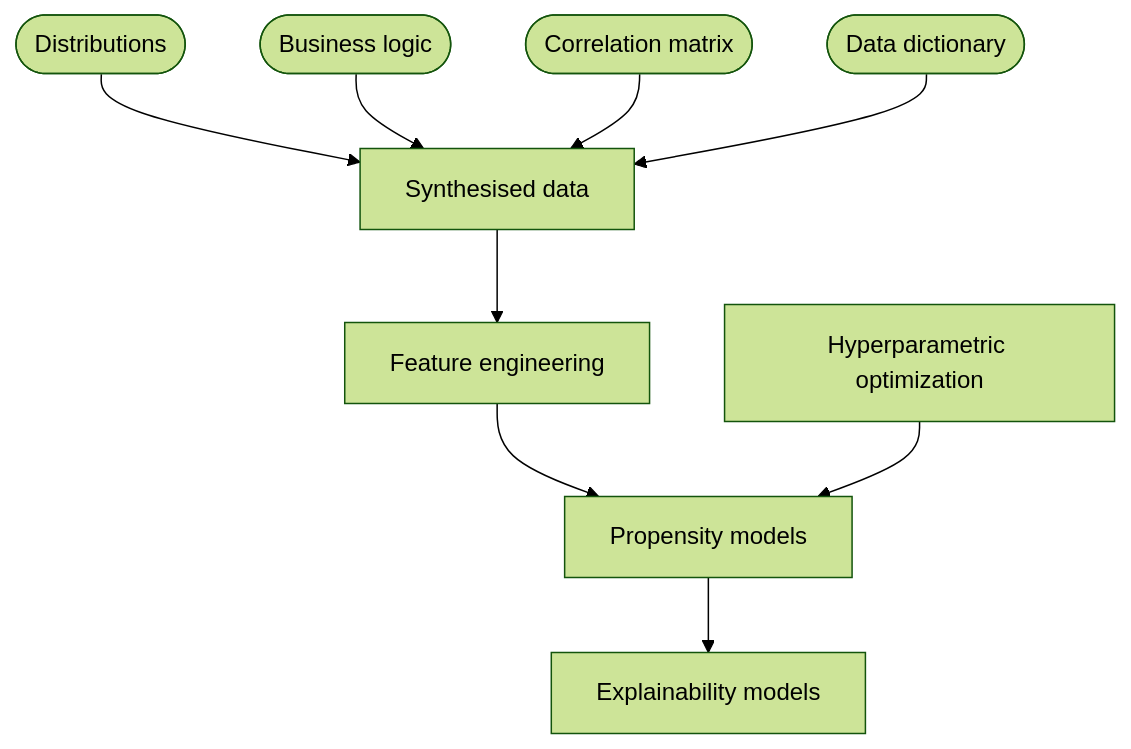
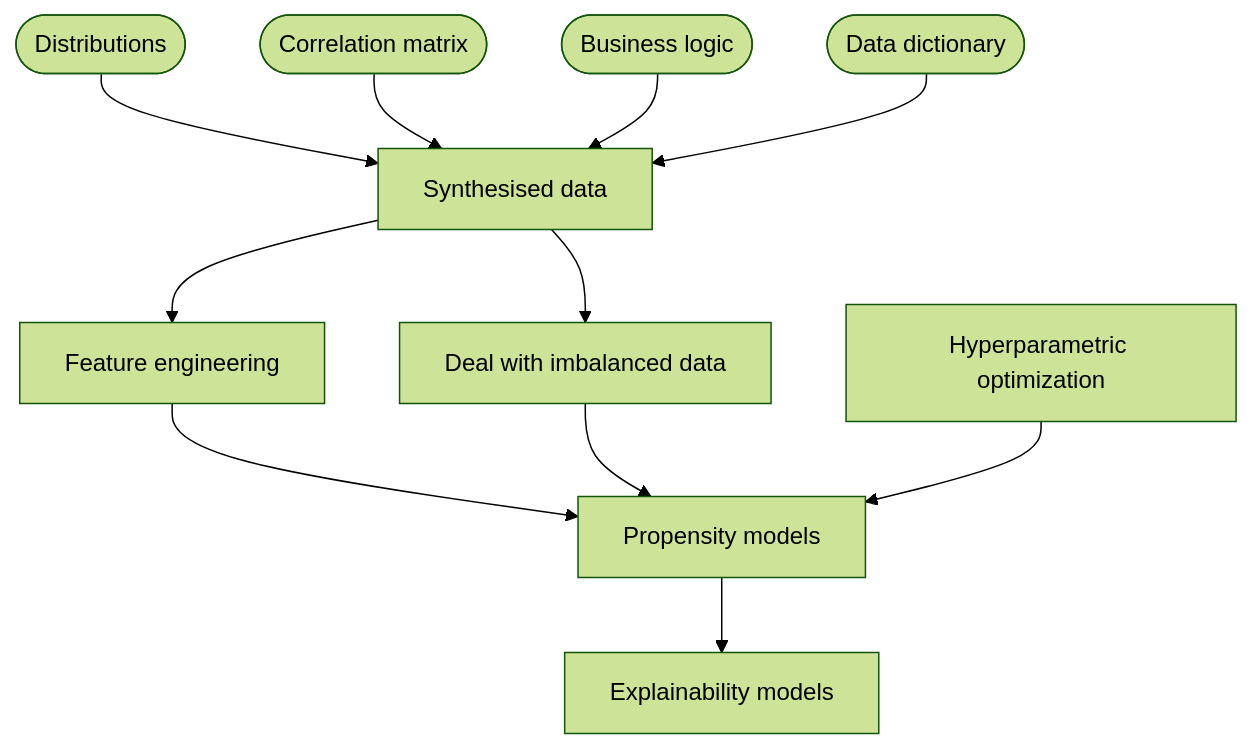
The diagram in case.md (angel-marchev/case-cold-start-modeling), drawn with Mermaid (forest theme) before and after one commit.

````diff
--- a/case.md
+++ b/case.md
@@ -7,11 +7,13 @@
 ```mermaid
 flowchart TD;
     dist([Distributions])-->synth([Synthesised data]);
+    corr([Correlation matrix])-->synth([Synthesised data]);
     logic([Business logic])-->synth[Synthesised data];
-    corr([Correlation matrix])-->synth([Synthesised data]);
     dict([Data dictionary])-->synth([Synthesised data]);
     synth[Synthesised data]-->feat[Feature engineering];
+    synth[Synthesised data]-->bal[Deal with imbalanced data];
     feat[Feature engineering]-->prop[Propensity models];
+    bal[Deal with imbalanced data]-->prop[Propensity models];
     hyper[Hyperparametric optimization]-->prop[Propensity models];
     prop[Propensity models]-->expl[Explainability models];
 ```
````
